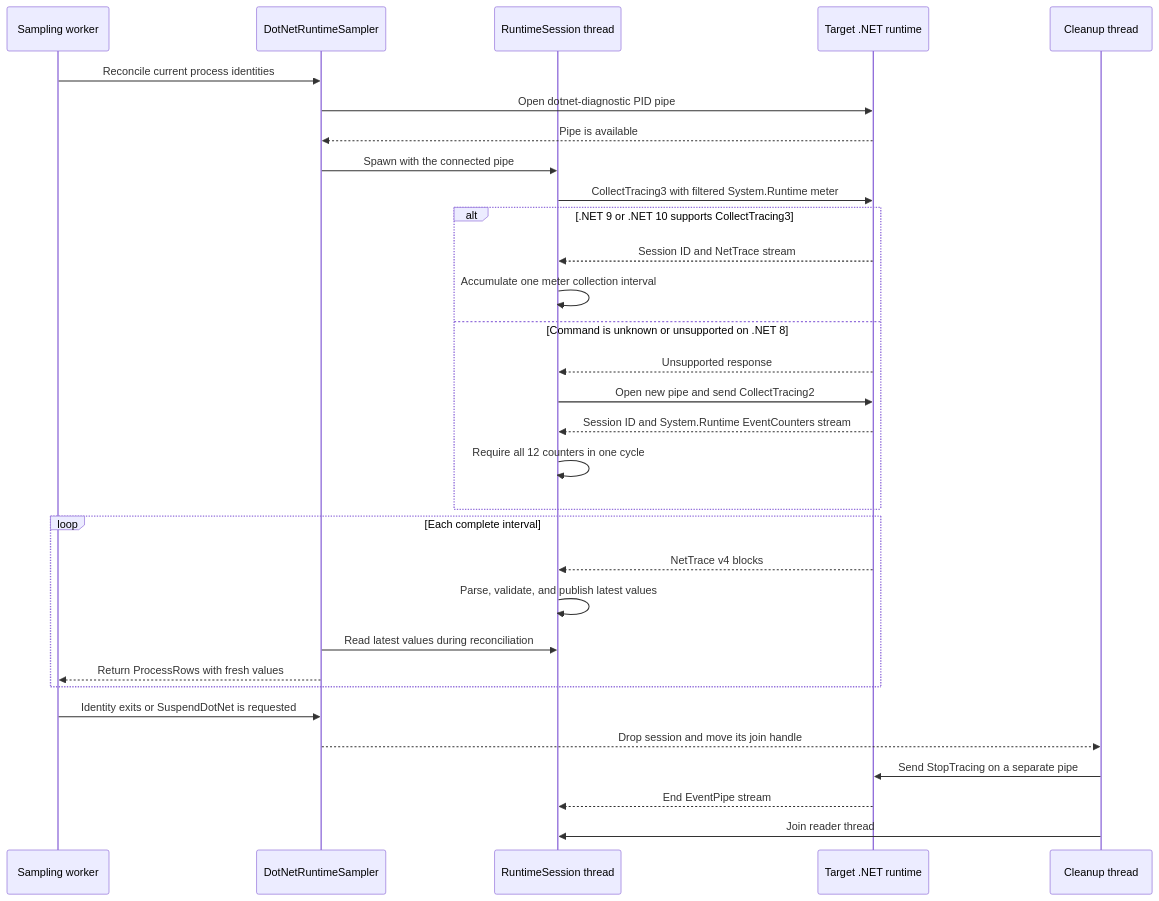
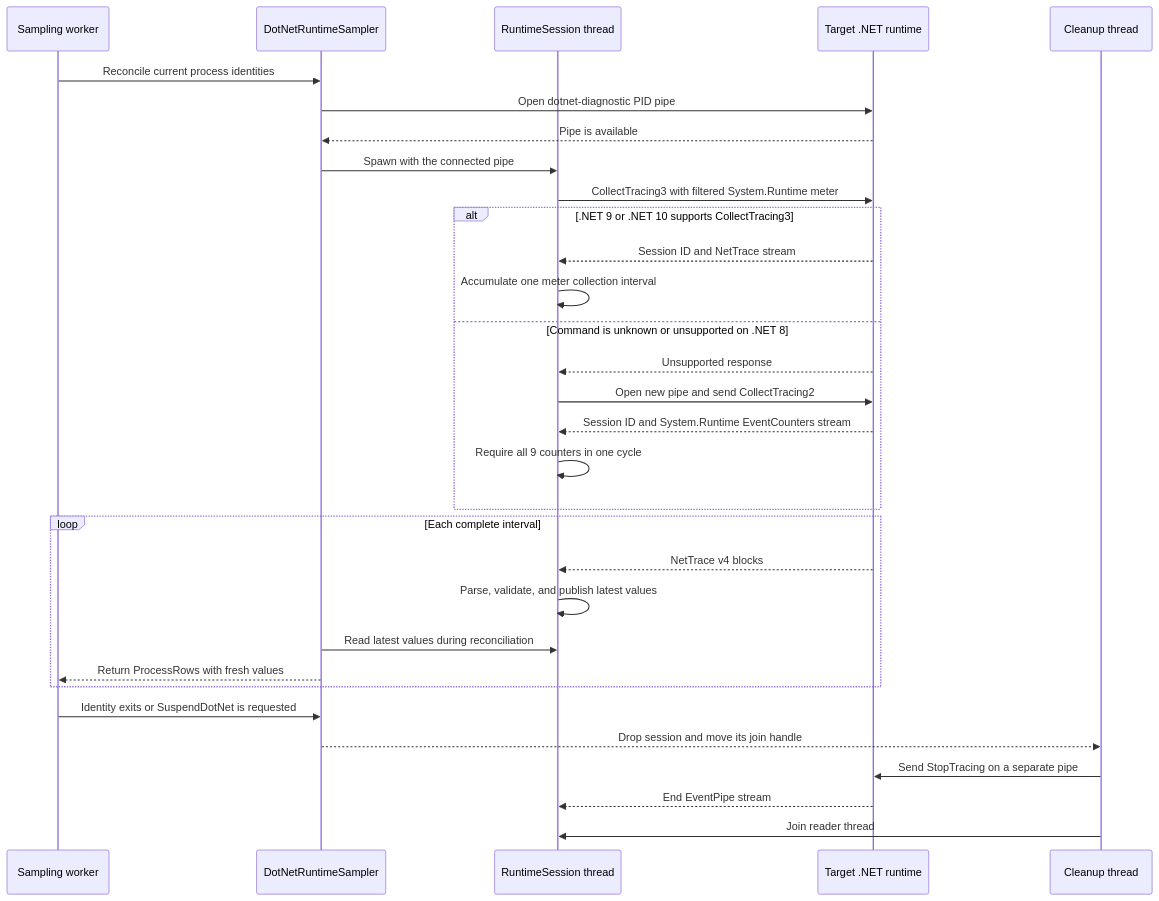
Before and after one commit to TX230/winproc-tui: the second of 2 diagrams in docs/dotnet-metrics-collection.md, drawn with Mermaid. The commit also changed other lines of this file and 20 other files, not shown here.

````diff
--- a/docs/dotnet-metrics-collection.md
+++ b/docs/dotnet-metrics-collection.md
@@ -158,37 +158,37 @@
 ```mermaid
 sequenceDiagram
     participant W as Sampling worker
     participant D as DotNetRuntimeSampler
     participant R as RuntimeSession thread
     participant T as Target .NET runtime
     participant C as Cleanup thread
 
     W->>D: Reconcile current process identities
     D->>T: Open dotnet-diagnostic PID pipe
     T-->>D: Pipe is available
     D->>R: Spawn with the connected pipe
     R->>T: CollectTracing3 with filtered System.Runtime meter
 
     alt .NET 9 or .NET 10 supports CollectTracing3
         T-->>R: Session ID and NetTrace stream
         R->>R: Accumulate one meter collection interval
     else Command is unknown or unsupported on .NET 8
         T-->>R: Unsupported response
         R->>T: Open new pipe and send CollectTracing2
         T-->>R: Session ID and System.Runtime EventCounters stream
-        R->>R: Require all 12 counters in one cycle
+        R->>R: Require all 9 counters in one cycle
     end
 
     loop Each complete interval
         T-->>R: NetTrace v4 blocks
         R->>R: Parse, validate, and publish latest values
         D->>R: Read latest values during reconciliation
         D-->>W: Return ProcessRows with fresh values
     end
 
     W->>D: Identity exits or SuspendDotNet is requested
     D-->>C: Drop session and move its join handle
     C->>T: Send StopTracing on a separate pipe
     T-->>R: End EventPipe stream
     C->>R: Join reader thread
 ```
````
